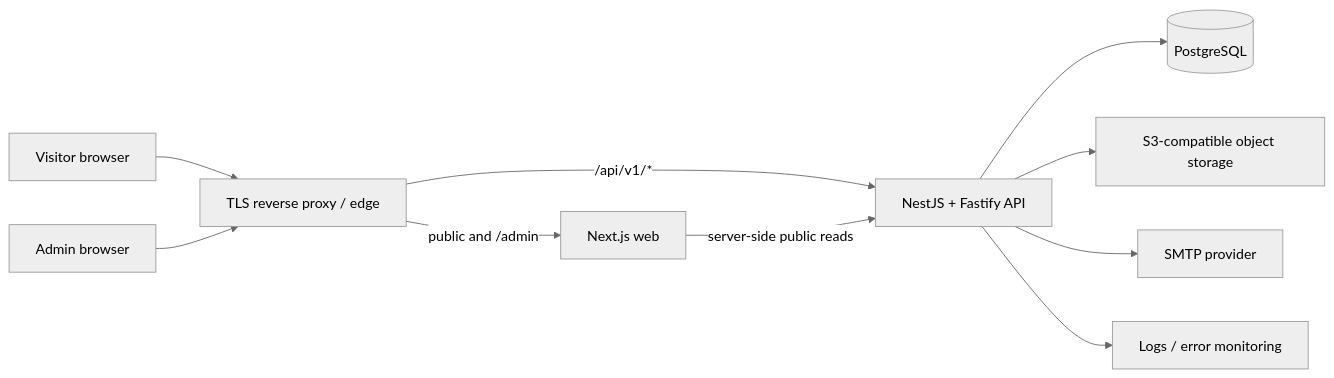
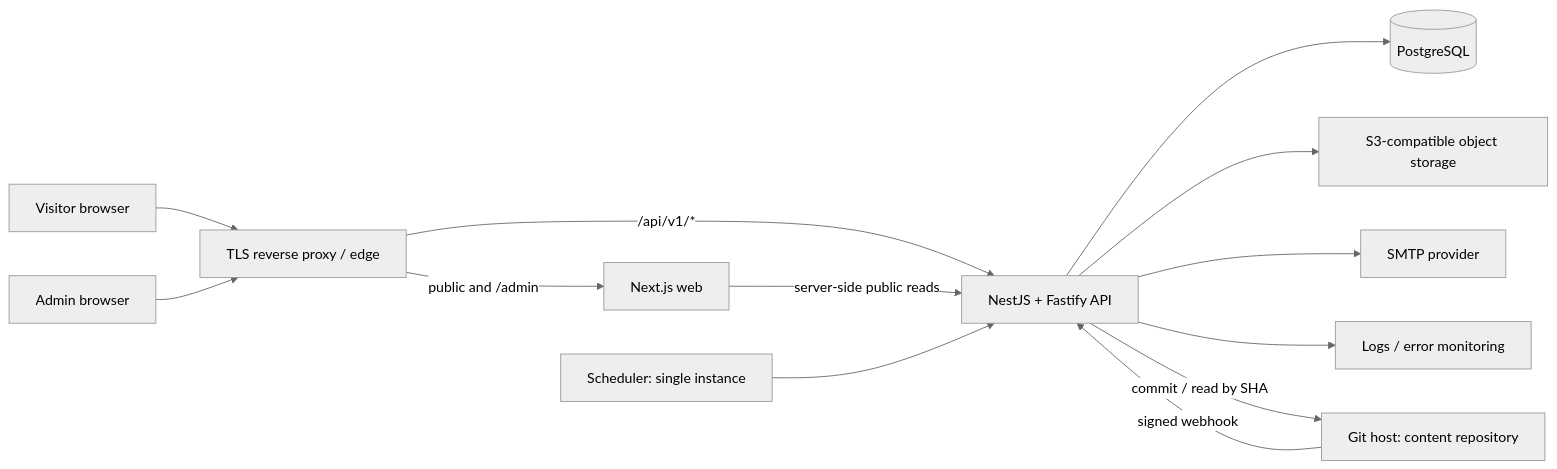
The diagram in docs/ARCHITECTURE.md (amirrrreza1/Portfolio), drawn with Mermaid (neutral theme) before and after one commit. The commit also changed other lines of this file and 15 other files, not shown here.

````diff
--- a/docs/ARCHITECTURE.md
+++ b/docs/ARCHITECTURE.md
@@ -11,12 +18,15 @@
 ```mermaid
 flowchart LR
   V["Visitor browser"] --> E["TLS reverse proxy / edge"]
   A["Admin browser"] --> E
   E -->|"public and /admin"| W["Next.js web"]
   E -->|"/api/v1/*"| API["NestJS + Fastify API"]
   W -->|"server-side public reads"| API
   API --> DB[("PostgreSQL")]
   API --> OBJ["S3-compatible object storage"]
   API --> SMTP["SMTP provider"]
   API --> OBS["Logs / error monitoring"]
+  API -->|"commit / read by SHA"| GIT["Git host: content repository"]
+  GIT -->|"signed webhook"| API
+  SCHED["Scheduler: single instance"] --> API
 ```
````
